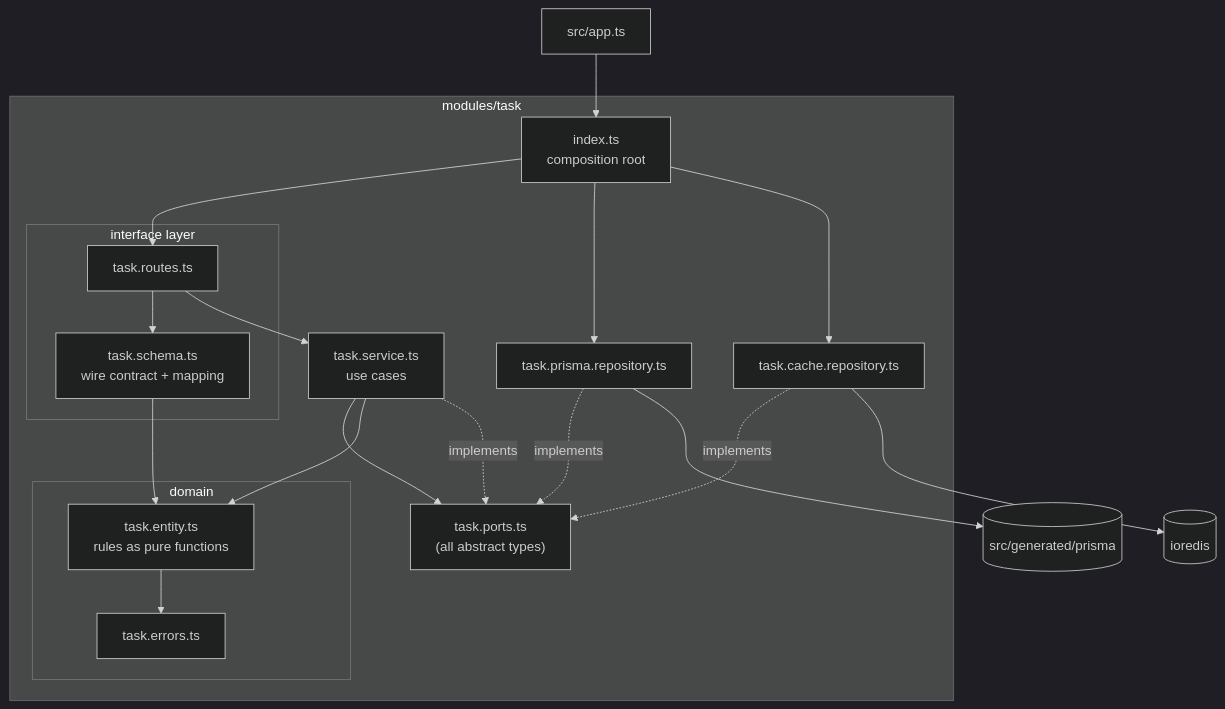
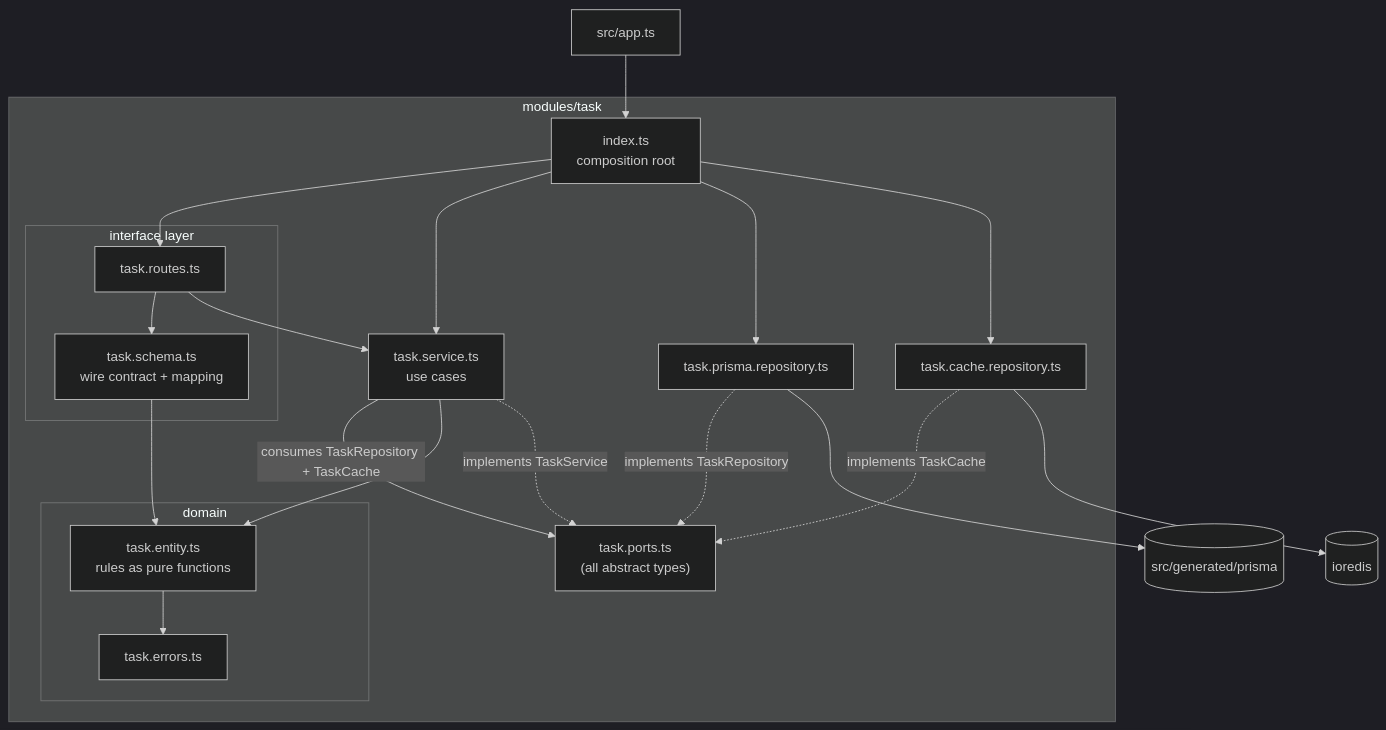
Before and after one commit to Luxlorys/fastify-clean-template: the diagram in ARCHITECTURE.md, drawn with Mermaid (dark theme). The commit also changed other lines of this file and 7 other files, not shown here.

First line of the commit message:
docs: realign architecture docs with the ports refactor

````diff
--- a/ARCHITECTURE.md
+++ b/ARCHITECTURE.md
@@ -33,35 +36,36 @@
 ```mermaid
 flowchart TD
     subgraph module["modules/task"]
         IDX["index.ts<br/>composition root"]
         subgraph interface["interface layer"]
             R["task.routes.ts"]
             SCH["task.schema.ts<br/>wire contract + mapping"]
         end
         SVC["task.service.ts<br/>use cases"]
         PORT["task.ports.ts<br/>(all abstract types)"]
         subgraph domain["domain"]
             E["task.entity.ts<br/>rules as pure functions"]
             ERR["task.errors.ts"]
         end
         DB["task.prisma.repository.ts"]
         CACHE["task.cache.repository.ts"]
     end
     PRISMA[("src/generated/prisma")]
     REDIS[("ioredis")]
     APP["src/app.ts"] --> IDX
     IDX --> R
+    IDX --> SVC
     IDX --> DB
     IDX --> CACHE
     R --> SCH
     R --> SVC
-    SVC --> PORT
+    SVC -->|consumes TaskRepository + TaskCache| PORT
     SVC --> E
-    SVC -. implements .-> PORT
-    DB -. implements .-> PORT
-    CACHE -. implements .-> PORT
+    SVC -. implements TaskService .-> PORT
+    DB -. implements TaskRepository .-> PORT
+    CACHE -. implements TaskCache .-> PORT
     DB --> PRISMA
     CACHE --> REDIS
     SCH --> E
     E --> ERR
 ```
````
